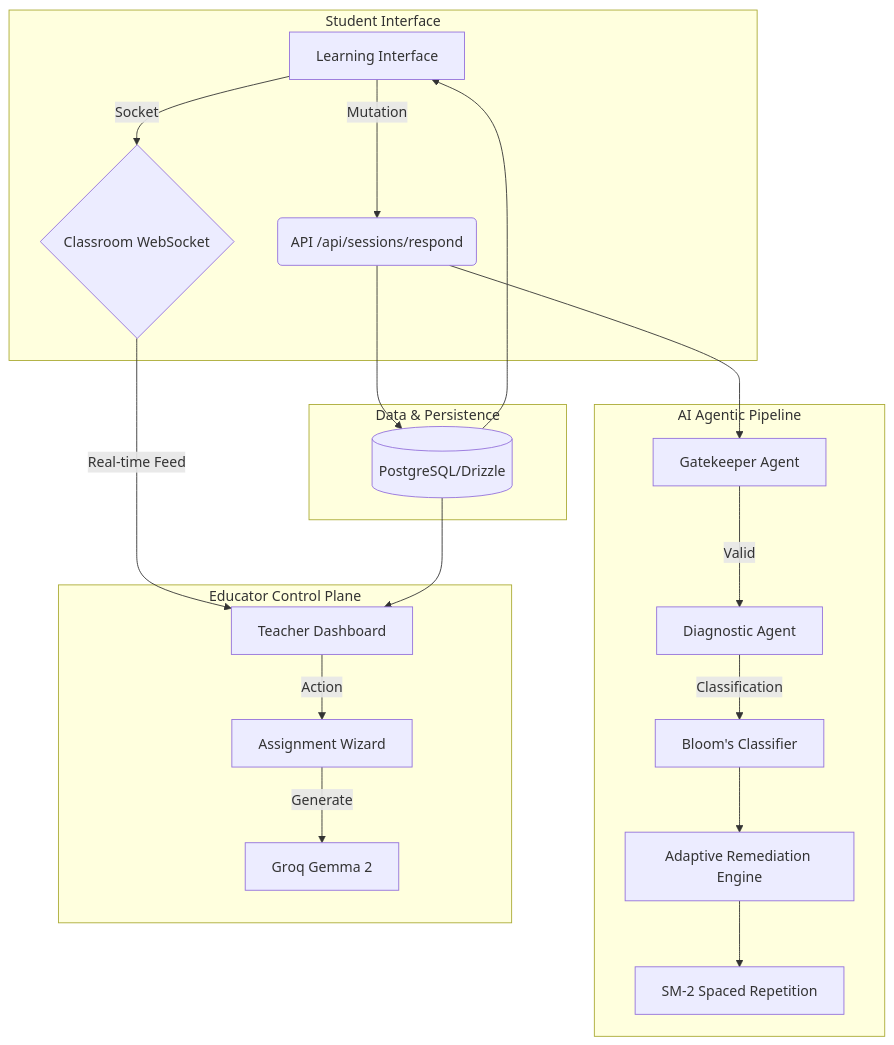
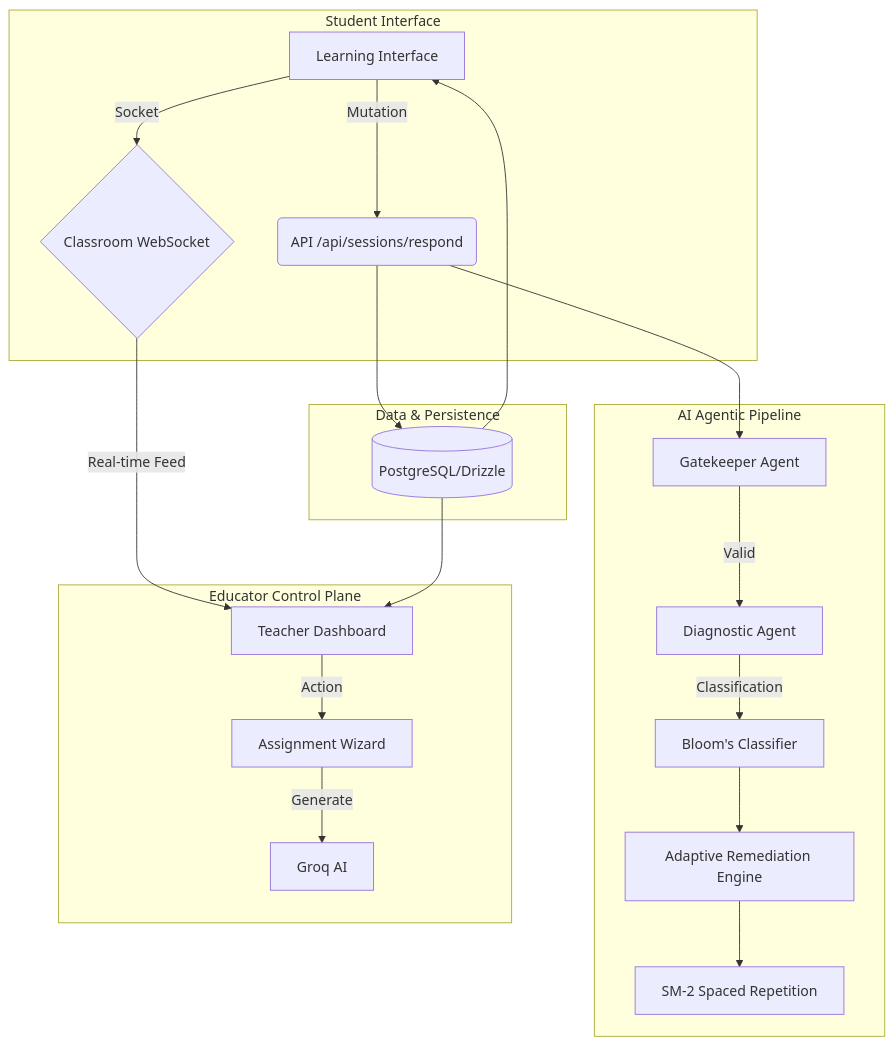
One commit to RohanMukka/edulens-ai changed the diagram in README.md. Above: the diagram before and after it, drawn with Mermaid. The commit also changed other lines of this file and 3 other files, not shown here.

````diff
--- a/README.md
+++ b/README.md
@@ -37,27 +37,27 @@
 ```mermaid
 graph TD
     subgraph "Student Interface"
         A[Learning Interface] -->|Mutation| B(API /api/sessions/respond)
         A -->|Socket| C{Classroom WebSocket}
     end
 
     subgraph "AI Agentic Pipeline"
         B --> D[Gatekeeper Agent]
         D -->|Valid| E[Diagnostic Agent]
         E -->|Classification| F[Bloom's Classifier]
         F --> G[Adaptive Remediation Engine]
         G --> H[SM-2 Spaced Repetition]
     end
 
     subgraph "Educator Control Plane"
         C -->|Real-time Feed| I[Teacher Dashboard]
         I -->|Action| J[Assignment Wizard]
-        J -->|Generate| K[Groq Gemma 2]
+        J -->|Generate| K[Groq AI]
     end
 
     subgraph "Data & Persistence"
         B --> L[(PostgreSQL/Drizzle)]
         L --> I
         L --> A
     end
 ```
````
